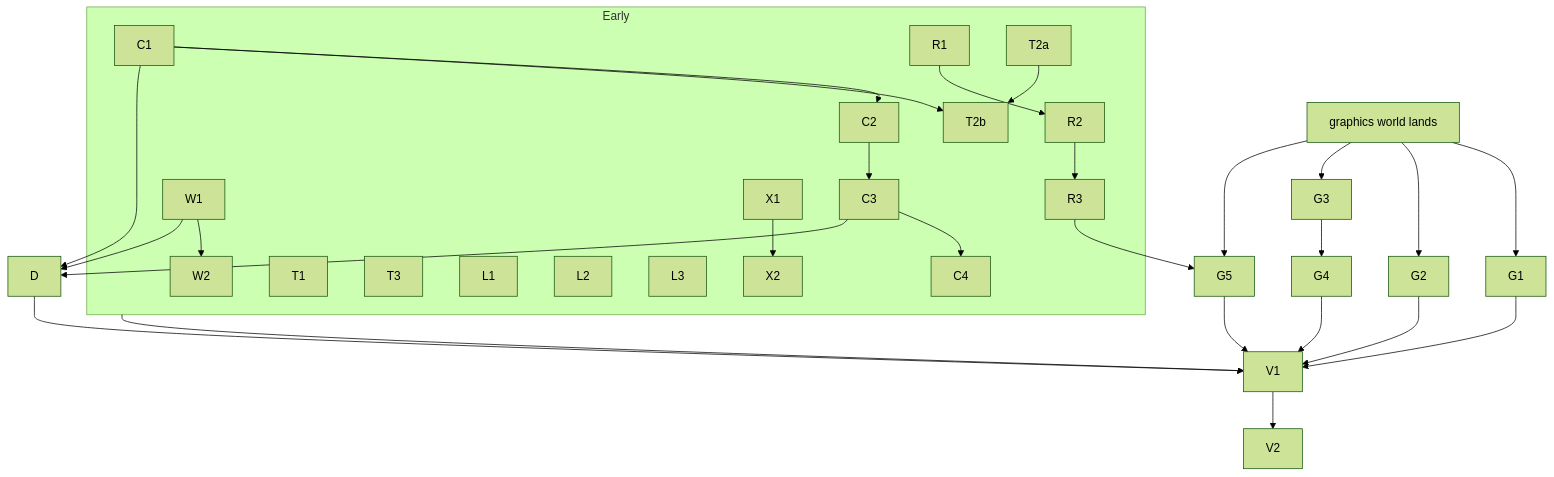
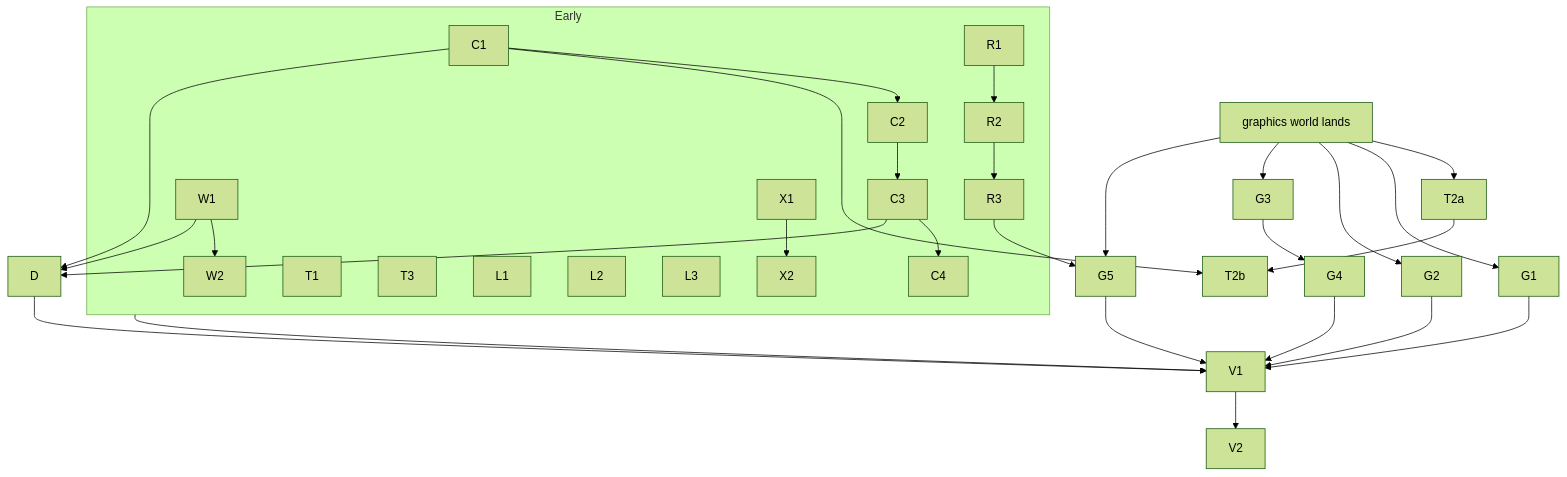
The first of 3 diagrams in .kiro/specs/audit-wintf-runtime/design.md (ekicyou/areka), drawn with Mermaid (forest theme) before and after one commit. The commit also changed other lines of this file, not shown here.

Commit message:
docs(audit-wintf-runtime): audit-wintf-graphics-world の追加の申し合わせに合わせ、T2a・T2b と create_command_list の削除を着地の後へ回す

````diff
--- a/.kiro/specs/audit-wintf-runtime/design.md
+++ b/.kiro/specs/audit-wintf-runtime/design.md
@@ -83,32 +83,33 @@
 ```mermaid
 graph TB
     subgraph Early
         C1 --> C2 --> C3 --> C4
         R1 --> R2 --> R3
         W1 --> W2
         T1
-        T2a --> T2b
         T3
         L1
         L2
         L3
         X1 --> X2
     end
+    GW --> T2a
+    T2a --> T2b
     C1 --> T2b
     C1 --> D
     C3 --> D
     W1 --> D
     GW[graphics world lands] --> G1
     GW --> G2
     GW --> G3
     G3 --> G4
     GW --> G5
     R3 --> G5
     Early --> V1
     D --> V1
     G1 --> V1
     G2 --> V1
     G4 --> V1
     G5 --> V1
     V1 --> V2
 ```
````
